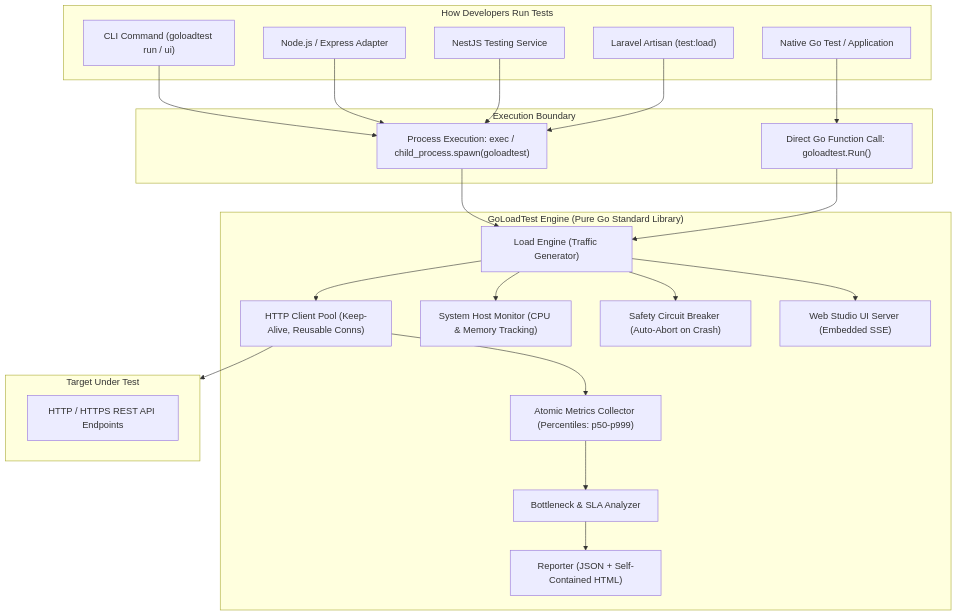
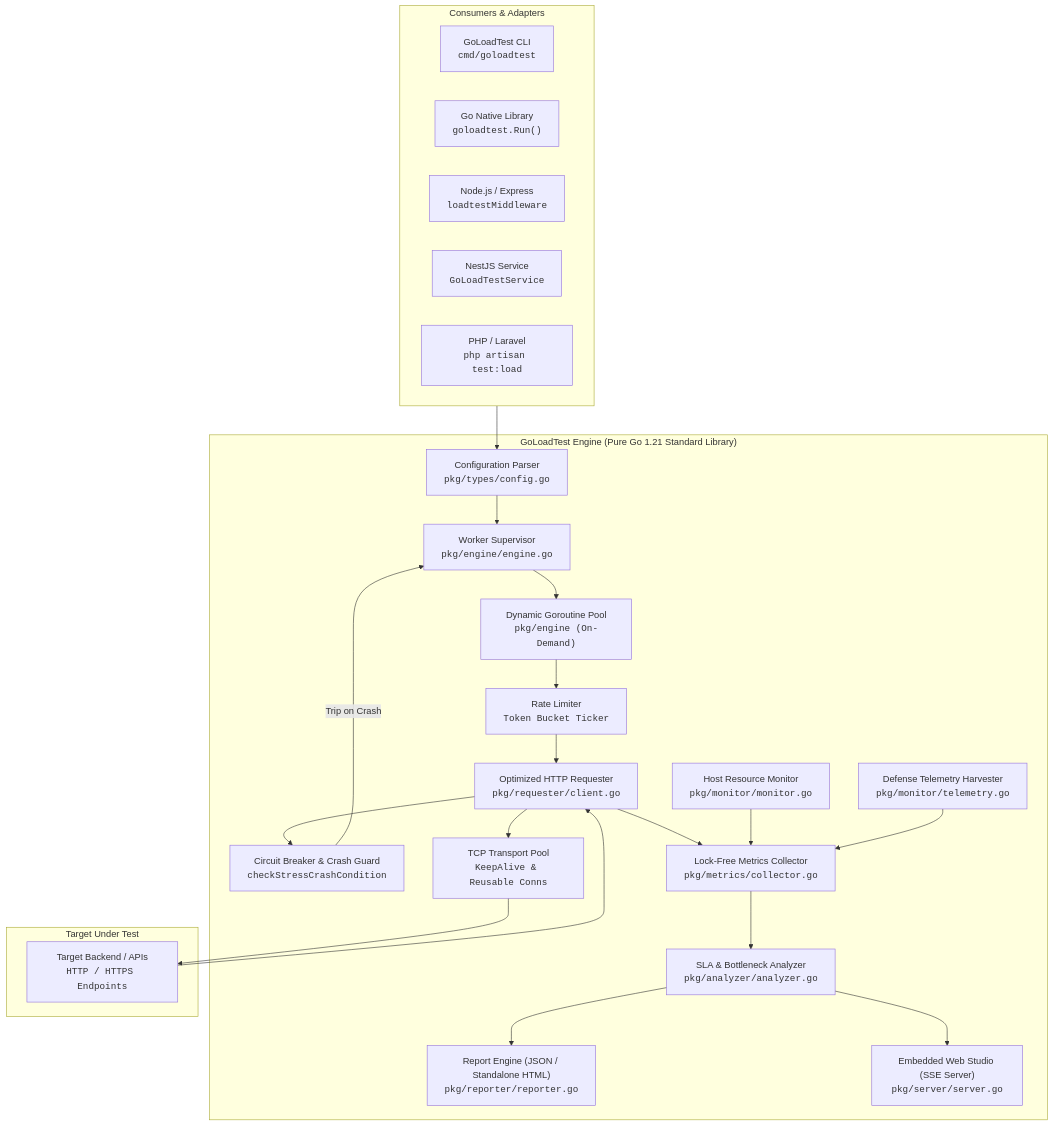
Before and after one commit to Zihad-Bepari/GoLoadTest: the diagram in README.md, drawn with Mermaid. The commit also changed other lines of this file and 1 other file, not shown here.

Commit message:
docs: complete professional architectural README and PROJECT-SETUP guide

````diff
--- a/README.md
+++ b/README.md
@@ -63,48 +101,52 @@
 ```mermaid
 flowchart TD
-    subgraph Consumers ["How Developers Run Tests"]
-        CLI["CLI Command (goloadtest run / ui)"]
-        GoApp["Native Go Test / Application"]
-        NodeApp["Node.js / Express Adapter"]
-        NestApp["NestJS Testing Service"]
-        LaravelApp["Laravel Artisan (test:load)"]
+    subgraph Consumers ["Consumers & Adapters"]
+        CLI["GoLoadTest CLI<br><code>cmd/goloadtest</code>"]
+        GoAPI["Go Native Library<br><code>goloadtest.Run()</code>"]
+        NodeAdapter["Node.js / Express<br><code>loadtestMiddleware</code>"]
+        NestAdapter["NestJS Service<br><code>GoLoadTestService</code>"]
+        LaravelAdapter["PHP / Laravel<br><code>php artisan test:load</code>"]
     end
 
-    subgraph BinaryBoundary ["Execution Boundary"]
-        DirectCall["Direct Go Function Call: goloadtest.Run()"]
-        ProcessExec["Process Execution: exec / child_process.spawn(goloadtest)"]
+    subgraph CoreEngine ["GoLoadTest Engine (Pure Go 1.21 Standard Library)"]
+        Config["Configuration Parser<br><code>pkg/types/config.go</code>"]
+        Supervisor["Worker Supervisor<br><code>pkg/engine/engine.go</code>"]
+        WorkerPool["Dynamic Goroutine Pool<br><code>pkg/engine (On-Demand)</code>"]
+        TokenBucket["Rate Limiter<br><code>Token Bucket Ticker</code>"]
+        CircuitBreaker["Circuit Breaker & Crash Guard<br><code>checkStressCrashCondition</code>"]
+        
+        Requester["Optimized HTTP Requester<br><code>pkg/requester/client.go</code>"]
+        TransportPool["TCP Transport Pool<br><code>KeepAlive & Reusable Conns</code>"]
+        
+        Collector["Lock-Free Metrics Collector<br><code>pkg/metrics/collector.go</code>"]
+        Monitor["Host Resource Monitor<br><code>pkg/monitor/monitor.go</code>"]
+        Harvester["Defense Telemetry Harvester<br><code>pkg/monitor/telemetry.go</code>"]
+        
+        Analyzer["SLA & Bottleneck Analyzer<br><code>pkg/analyzer/analyzer.go</code>"]
+        Reporter["Report Engine (JSON / Standalone HTML)<br><code>pkg/reporter/reporter.go</code>"]
+        Studio["Embedded Web Studio (SSE Server)<br><code>pkg/server/server.go</code>"]
     end
 
-    subgraph EngineCore ["GoLoadTest Engine (Pure Go Standard Library)"]
-        Eng["Load Engine (Traffic Generator)"]
-        Req["HTTP Client Pool (Keep-Alive, Reusable Conns)"]
-        Met["Atomic Metrics Collector (Percentiles: p50-p999)"]
-        Mon["System Host Monitor (CPU & Memory Tracking)"]
-        CB["Safety Circuit Breaker (Auto-Abort on Crash)"]
-        Ana["Bottleneck & SLA Analyzer"]
-        Rep["Reporter (JSON + Self-Contained HTML)"]
-        UI["Web Studio UI Server (Embedded SSE)"]
+    subgraph TargetSystem ["Target Under Test"]
+        Server["Target Backend / APIs<br><code>HTTP / HTTPS Endpoints</code>"]
     end
 
-    subgraph Target ["Target Under Test"]
-        API["HTTP / HTTPS REST API Endpoints"]
-    end
+    Consumers --> Config
+    Config --> Supervisor
+    Supervisor --> WorkerPool
+    WorkerPool --> TokenBucket
+    TokenBucket --> Requester
+    Requester --> TransportPool
+    TransportPool --> Server
 
-    CLI --> ProcessExec
-    NodeApp --> ProcessExec
-    NestApp --> ProcessExec
-    LaravelApp --> ProcessExec
-    GoApp --> DirectCall
+    Server --> Requester
+    Requester --> CircuitBreaker
+    Requester --> Collector
+    Monitor --> Collector
+    Harvester --> Collector
 
-    ProcessExec --> Eng
-    DirectCall --> Eng
-
-    Eng --> Req
-    Eng --> CB
-    Req --> Target
-    Req --> Met
-    Eng --> Mon
-    Met --> Ana
-    Ana --> Rep
-    Eng --> UI
+    CircuitBreaker -- "Trip on Crash" --> Supervisor
+    Collector --> Analyzer
+    Analyzer --> Reporter
+    Analyzer --> Studio
 ```
````
